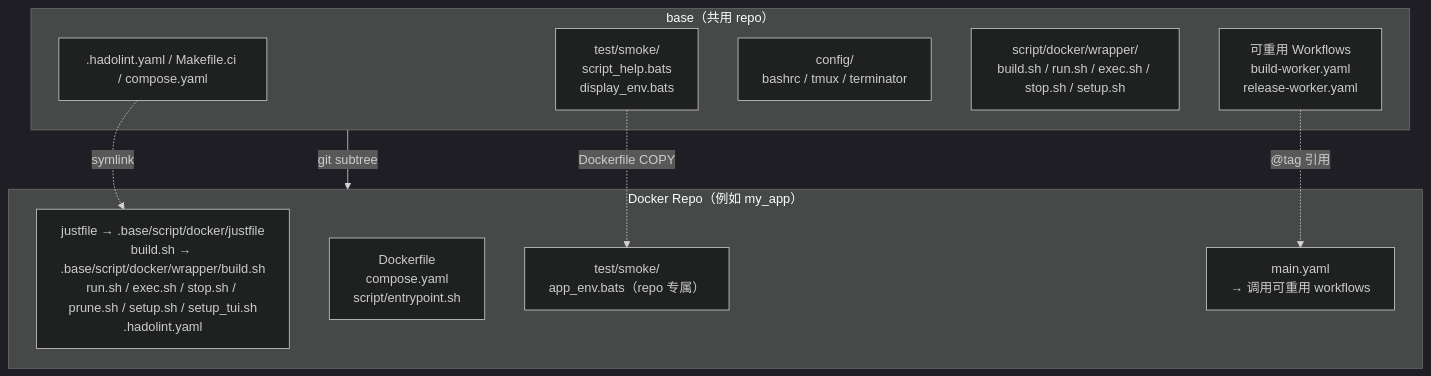
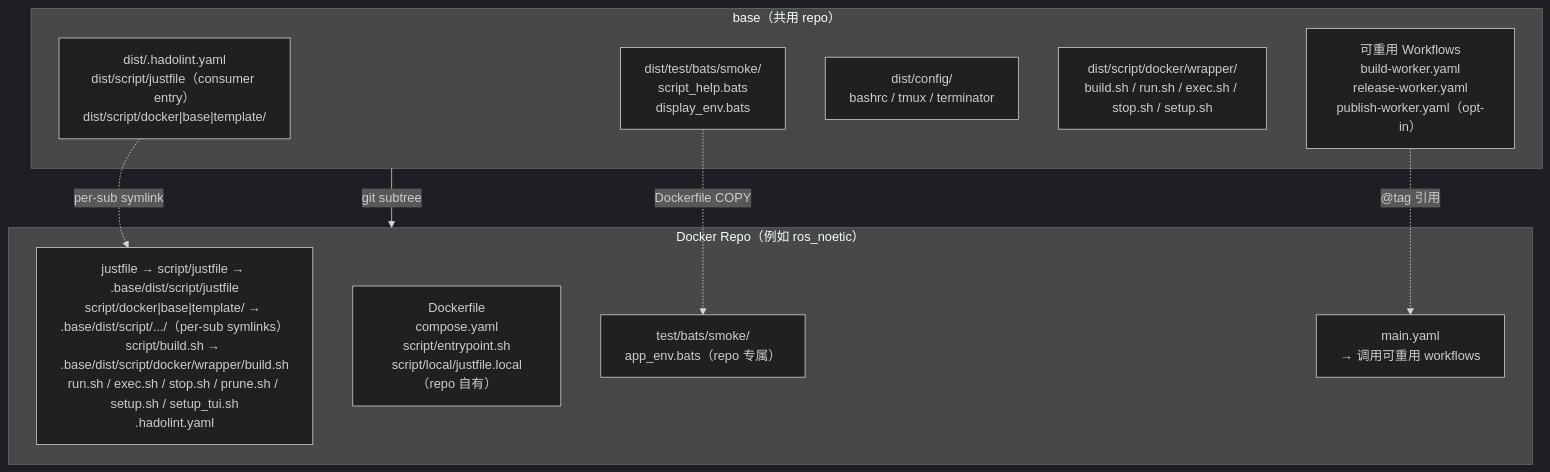
Before and after one commit to ycpss91255-docker/isaac: the first of 2 diagrams in .base/doc/readme/README.zh-CN.md, drawn with Mermaid (dark theme). The commit also changed other lines of this file and 411 other files, not shown here.

````diff
--- a/.base/doc/readme/README.zh-CN.md
+++ b/.base/doc/readme/README.zh-CN.md
@@ -56,22 +84,22 @@
 ```mermaid
 graph TB
     subgraph base["base（共用 repo）"]
-        scripts[".hadolint.yaml / Makefile.ci / compose.yaml"]
-        smoke["test/smoke/<br/>script_help.bats<br/>display_env.bats"]
-        config["config/<br/>bashrc / tmux / terminator"]
-        mgmt["script/docker/wrapper/<br/>build.sh / run.sh / exec.sh / stop.sh / setup.sh"]
-        workflows["可重用 Workflows<br/>build-worker.yaml<br/>release-worker.yaml"]
+        scripts["dist/.hadolint.yaml<br/>dist/script/justfile（consumer entry）<br/>dist/script/docker|base|template/"]
+        smoke["dist/test/bats/smoke/<br/>script_help.bats<br/>display_env.bats"]
+        config["dist/config/<br/>bashrc / tmux / terminator"]
+        mgmt["dist/script/docker/wrapper/<br/>build.sh / run.sh / exec.sh / stop.sh / setup.sh"]
+        workflows["可重用 Workflows<br/>build-worker.yaml<br/>release-worker.yaml<br/>publish-worker.yaml（opt-in）"]
     end
 
-    subgraph consumer["Docker Repo（例如 my_app）"]
-        symlinks["justfile → .base/script/docker/justfile<br/>build.sh → .base/script/docker/wrapper/build.sh<br/>run.sh / exec.sh / stop.sh / prune.sh / setup.sh / setup_tui.sh<br/>.hadolint.yaml"]
-        dockerfile["Dockerfile<br/>compose.yaml<br/>script/entrypoint.sh"]
-        repo_test["test/smoke/<br/>app_env.bats（repo 专属）"]
+    subgraph consumer["Docker Repo（例如 ros_noetic）"]
+        symlinks["justfile → script/justfile → .base/dist/script/justfile<br/>script/docker|base|template/ → .base/dist/script/.../（per-sub symlinks）<br/>script/build.sh → .base/dist/script/docker/wrapper/build.sh<br/>run.sh / exec.sh / stop.sh / prune.sh / setup.sh / setup_tui.sh<br/>.hadolint.yaml"]
+        dockerfile["Dockerfile<br/>compose.yaml<br/>script/entrypoint.sh<br/>script/local/justfile.local（repo 自有）"]
+        repo_test["test/bats/smoke/<br/>app_env.bats（repo 专属）"]
         main_yaml["main.yaml<br/>→ 调用可重用 workflows"]
     end
 
     base -- "git subtree" --> consumer
-    scripts -. "symlink" .-> symlinks
+    scripts -. "per-sub symlink" .-> symlinks
     smoke -. "Dockerfile COPY" .-> repo_test
     workflows -. "@tag 引用" .-> main_yaml
 ```
````
